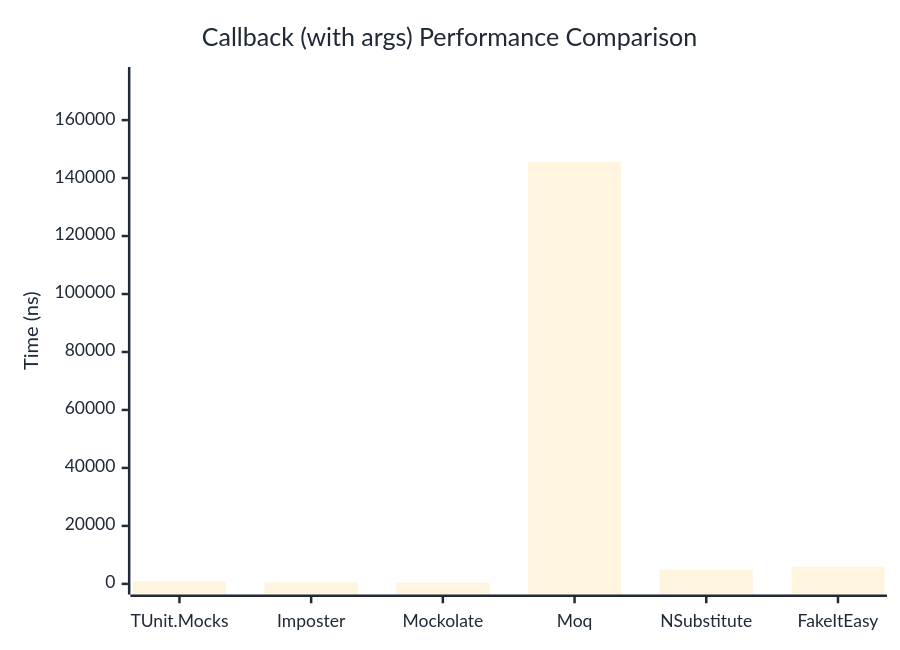
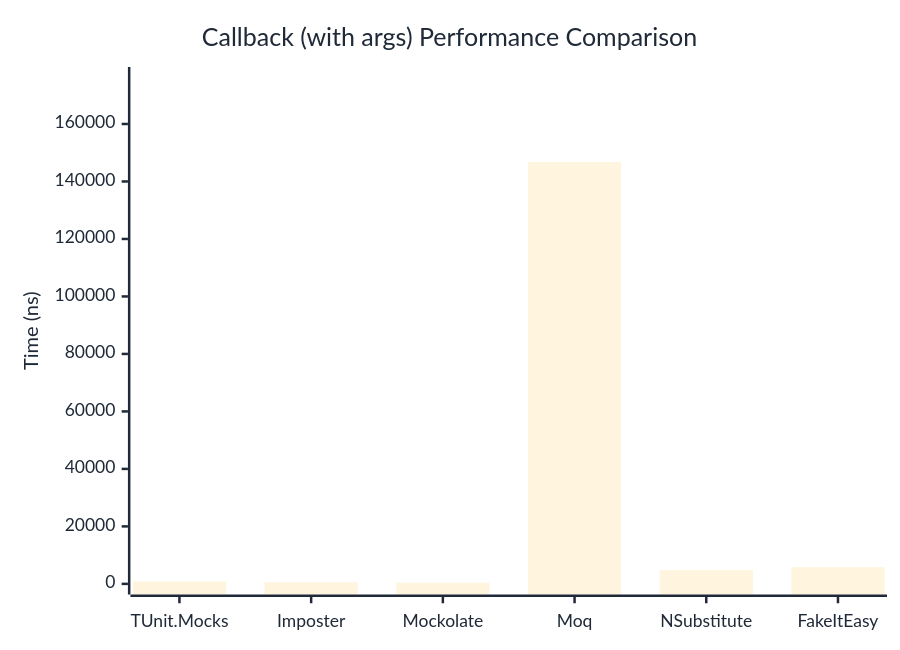
The second of 2 diagrams in docs/docs/benchmarks/mocks/Callback.md (thomhurst/TUnit), drawn with Mermaid before and after one commit. The commit also changed other lines of this file and 14 other files, not shown here.

````diff
--- a/docs/docs/benchmarks/mocks/Callback.md
+++ b/docs/docs/benchmarks/mocks/Callback.md
@@ -71,27 +71,27 @@
 ```mermaid
 %%{init: {
   'theme':'base',
   'themeVariables': {
     'primaryColor': '#2563eb',
     'primaryTextColor': '#1f2937',
     'primaryBorderColor': '#1e40af',
     'lineColor': '#6b7280',
     'secondaryColor': '#7c3aed',
     'tertiaryColor': '#dc2626',
     'background': '#ffffff',
     'pie1': '#2563eb',
     'pie2': '#7c3aed',
     'pie3': '#dc2626',
     'pie4': '#f59e0b',
     'pie5': '#10b981',
     'pie6': '#06b6d4',
     'pie7': '#ec4899',
     'pie8': '#6366f1'
   }
 }}%%
 xychart-beta
   title "Callback (with args) Performance Comparison"
   x-axis ["TUnit.Mocks", "Imposter", "Mockolate", "Moq", "NSubstitute", "FakeItEasy"]
-  y-axis "Time (ns)" 0 --> 174652
-  bar [824.2, 541.3, 424, 145543.3, 4892.4, 5915.1]
+  y-axis "Time (ns)" 0 --> 176127
+  bar [803.2, 570.6, 399.9, 146772, 4789.2, 5794.8]
 ```
````
